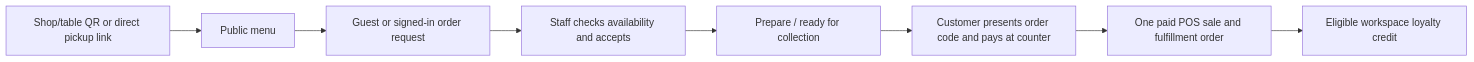
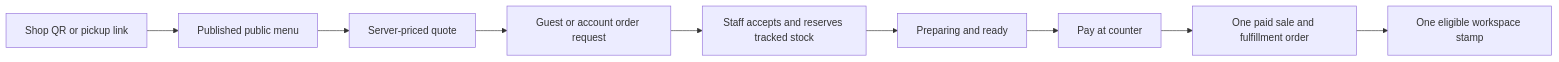
One commit to gorillagory/sange-myfin-manager changed the diagram in docs/CUSTOMER_ORDERING_ARCHITECTURE.md. Above: the diagram before and after it, drawn with Mermaid. The commit also changed other lines of this file and 52 other files, not shown here.

Commit message:
feat: add customer ordering accounts and loyalty

````diff
--- a/docs/CUSTOMER_ORDERING_ARCHITECTURE.md
+++ b/docs/CUSTOMER_ORDERING_ARCHITECTURE.md
@@ -41,10 +24,11 @@
 ```mermaid
 flowchart LR
-  QR[Shop/table QR or direct pickup link] --> Menu[Public menu]
-  Menu --> Submit[Guest or signed-in order request]
-  Submit --> Accept[Staff checks availability and accepts]
-  Accept --> Prepare[Prepare / ready for collection]
-  Prepare --> Counter[Customer presents order code and pays at counter]
-  Counter --> Sale[One paid POS sale and fulfillment order]
-  Sale --> Loyalty[Eligible workspace loyalty credit]
+  Link[Shop QR or pickup link] --> Menu[Published public menu]
+  Menu --> Quote[Server-priced quote]
+  Quote --> Request[Guest or account order request]
+  Request --> Accept[Staff accepts and reserves tracked stock]
+  Accept --> Prepare[Preparing and ready]
+  Prepare --> Counter[Pay at counter]
+  Counter --> Sale[One paid sale and fulfillment order]
+  Sale --> Loyalty[One eligible workspace stamp]
 ```
````
